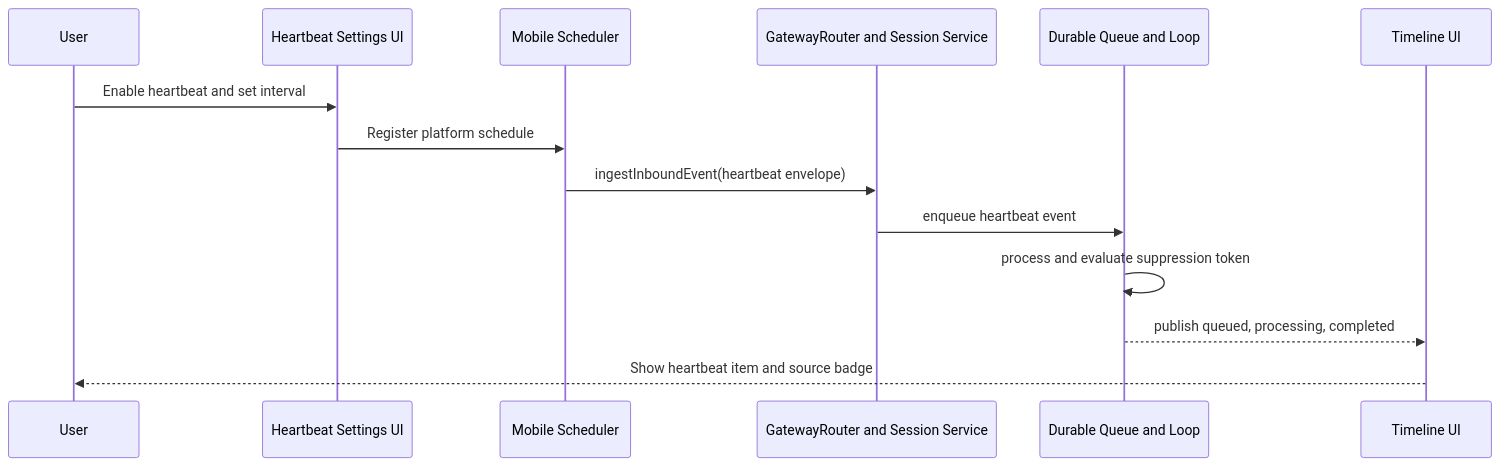
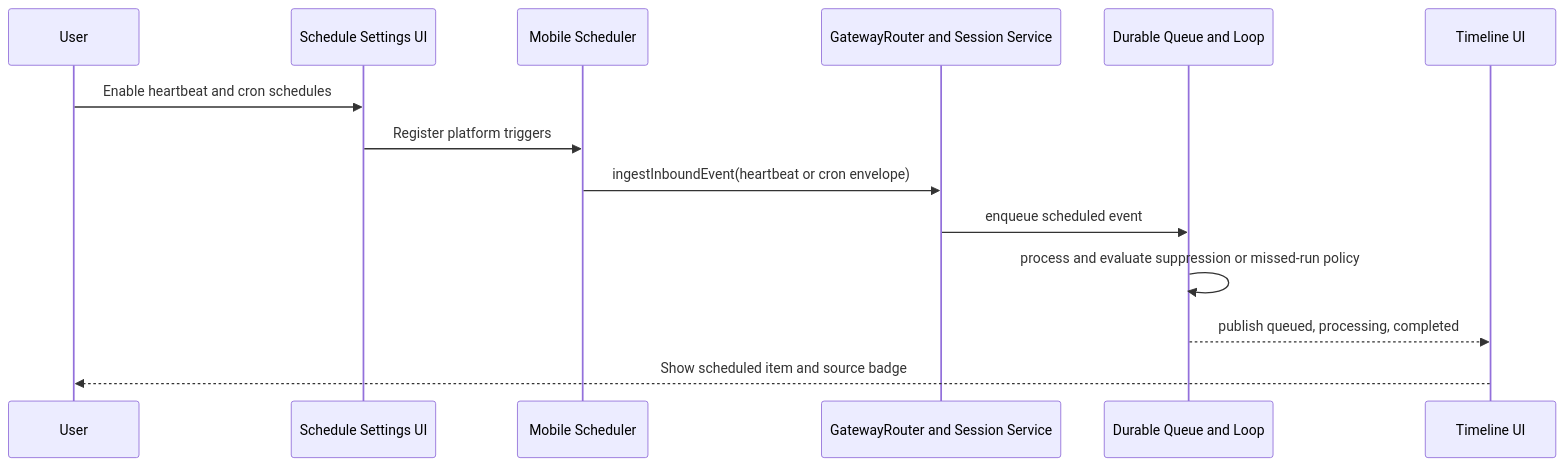
Before and after one commit to aran-bitwise/openclaw: the third of 9 diagrams in docs/experiments/plans/flutter-openclaw-user-interactions.md, drawn with Mermaid. The commit also changed other lines of this file and 20 other files, not shown here.

Commit message:
Docs: link milestone 12 implementation plan in roadmap

````diff
--- a/docs/experiments/plans/flutter-openclaw-user-interactions.md
+++ b/docs/experiments/plans/flutter-openclaw-user-interactions.md
@@ -73,17 +79,17 @@
 ```mermaid
 sequenceDiagram
     participant U as User
-    participant CFG as Heartbeat Settings UI
+    participant CFG as Schedule Settings UI
     participant SCH as Mobile Scheduler
     participant M3 as GatewayRouter and Session Service
     participant M4 as Durable Queue and Loop
     participant UI as Timeline UI
 
-    U->>CFG: Enable heartbeat and set interval
-    CFG->>SCH: Register platform schedule
-    SCH->>M3: ingestInboundEvent(heartbeat envelope)
-    M3->>M4: enqueue heartbeat event
-    M4->>M4: process and evaluate suppression token
+    U->>CFG: Enable heartbeat and cron schedules
+    CFG->>SCH: Register platform triggers
+    SCH->>M3: ingestInboundEvent(heartbeat or cron envelope)
+    M3->>M4: enqueue scheduled event
+    M4->>M4: process and evaluate suppression or missed-run policy
     M4-->>UI: publish queued, processing, completed
-    UI-->>U: Show heartbeat item and source badge
+    UI-->>U: Show scheduled item and source badge
 ```
````
